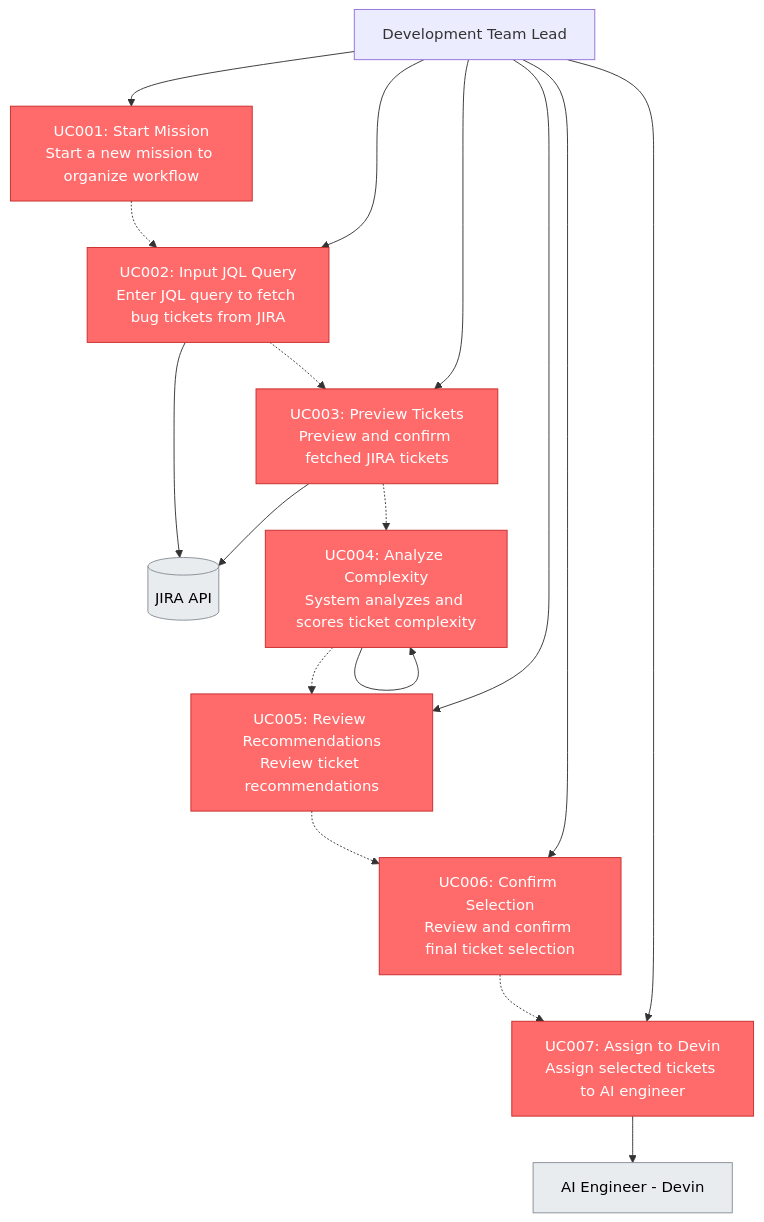
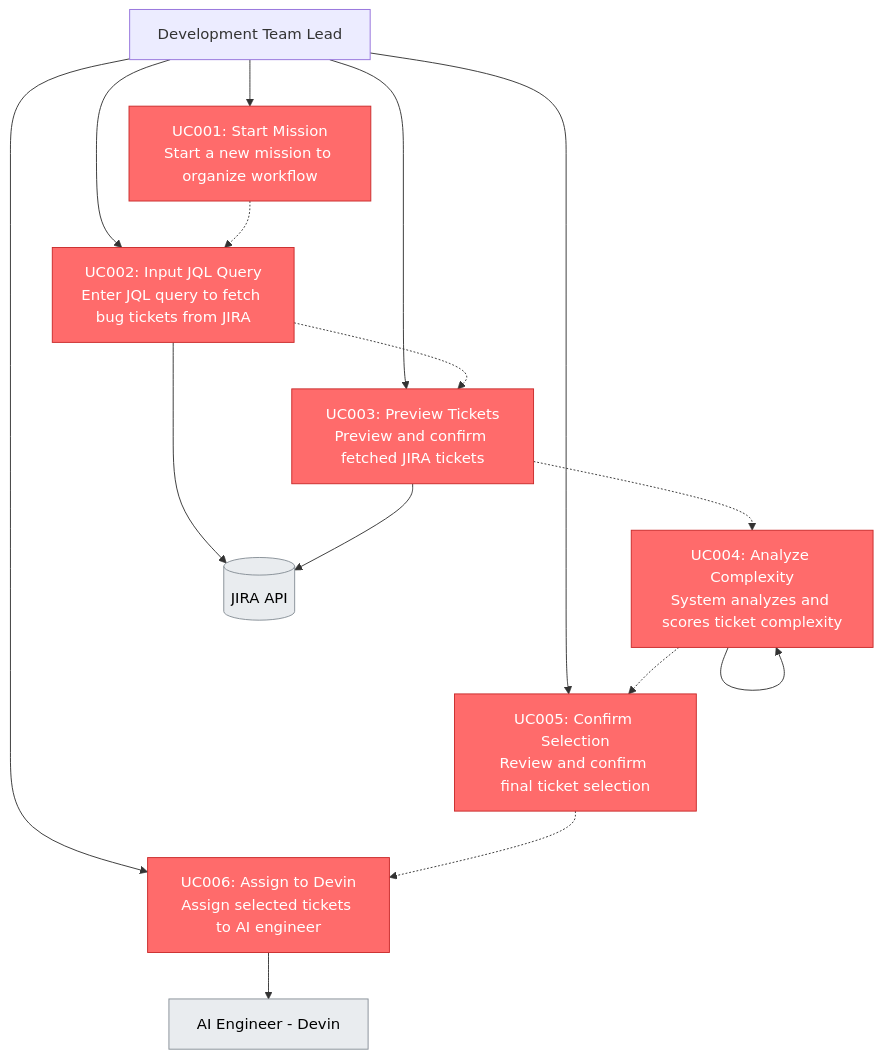
The diagram in doc/use_cases.md (vmakoed/devinator), drawn with Mermaid before and after one commit. The commit also changed other lines of this file and 14 other files, not shown here.

````diff
--- a/doc/use_cases.md
+++ b/doc/use_cases.md
@@ -5,46 +5,43 @@
 ```mermaid
 graph TB
     User[Development Team Lead]
 
     %% Core MVP Use Cases (Happy Flow)
     UC001[UC001: Start Mission<br/>Start a new mission to organize workflow]
     UC002[UC002: Input JQL Query<br/>Enter JQL query to fetch bug tickets from JIRA]
     UC003[UC003: Preview Tickets<br/>Preview and confirm fetched JIRA tickets]
     UC004[UC004: Analyze Complexity<br/>System analyzes and scores ticket complexity]
-    UC005[UC005: Review Recommendations<br/>Review ticket recommendations]
-    UC006[UC006: Confirm Selection<br/>Review and confirm final ticket selection]
-    UC007[UC007: Assign to Devin<br/>Assign selected tickets to AI engineer]
+    UC005[UC005: Confirm Selection<br/>Review and confirm final ticket selection]
+    UC006[UC006: Assign to Devin<br/>Assign selected tickets to AI engineer]
 
     %% External Systems
     JIRA[(JIRA API)]
     Devin[AI Engineer - Devin]
 
     %% User interactions
     User --> UC001
     User --> UC002
     User --> UC003
     User --> UC005
     User --> UC006
-    User --> UC007
 
     %% System interactions
     UC002 --> JIRA
     UC003 --> JIRA
     UC004 --> UC004
-    UC007 --> Devin
+    UC006 --> Devin
 
     %% Sequential workflow
     UC001 -.-> UC002
     UC002 -.-> UC003
     UC003 -.-> UC004
     UC004 -.-> UC005
     UC005 -.-> UC006
-    UC006 -.-> UC007
 
     %% Styling
     classDef mvpCore fill:#ff6b6b,stroke:#c92a2a,color:#fff
     classDef external fill:#e9ecef,stroke:#868e96,color:#000
 
-    class UC001,UC002,UC003,UC004,UC005,UC006,UC007 mvpCore
+    class UC001,UC002,UC003,UC004,UC005,UC006 mvpCore
     class JIRA,Devin external
 ```
````
